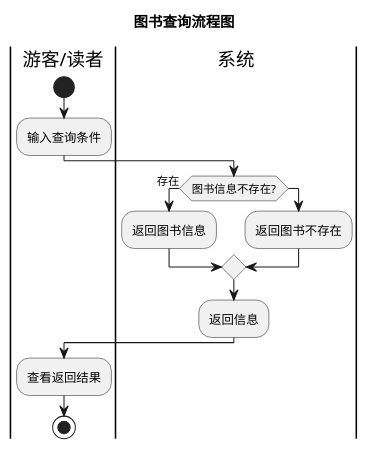
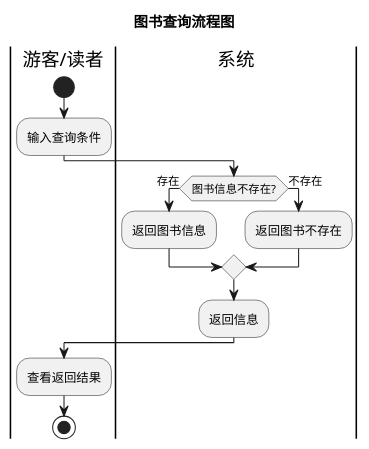
One commit to Landy7/is_analysis changed the diagram in test2/usecase2.md. Above: the diagram before and after it, drawn with PlantUML. The commit also changed 3 other files, not shown here.

```diff
--- a/test2/usecase2.md
+++ b/test2/usecase2.md
@@ -1,16 +1,16 @@
 @startuml
 title:图书查询流程图
 |游客/读者|
 start
 	:输入查询条件;
 	|系统|
 if(图书信息不存在?) then (存在)
 	:返回图书信息;
-else 
+else (不存在)
 	:返回图书不存在;
 endif
 :返回信息;
 |游客/读者|
 :查看返回结果;
 stop
 @enduml
```
